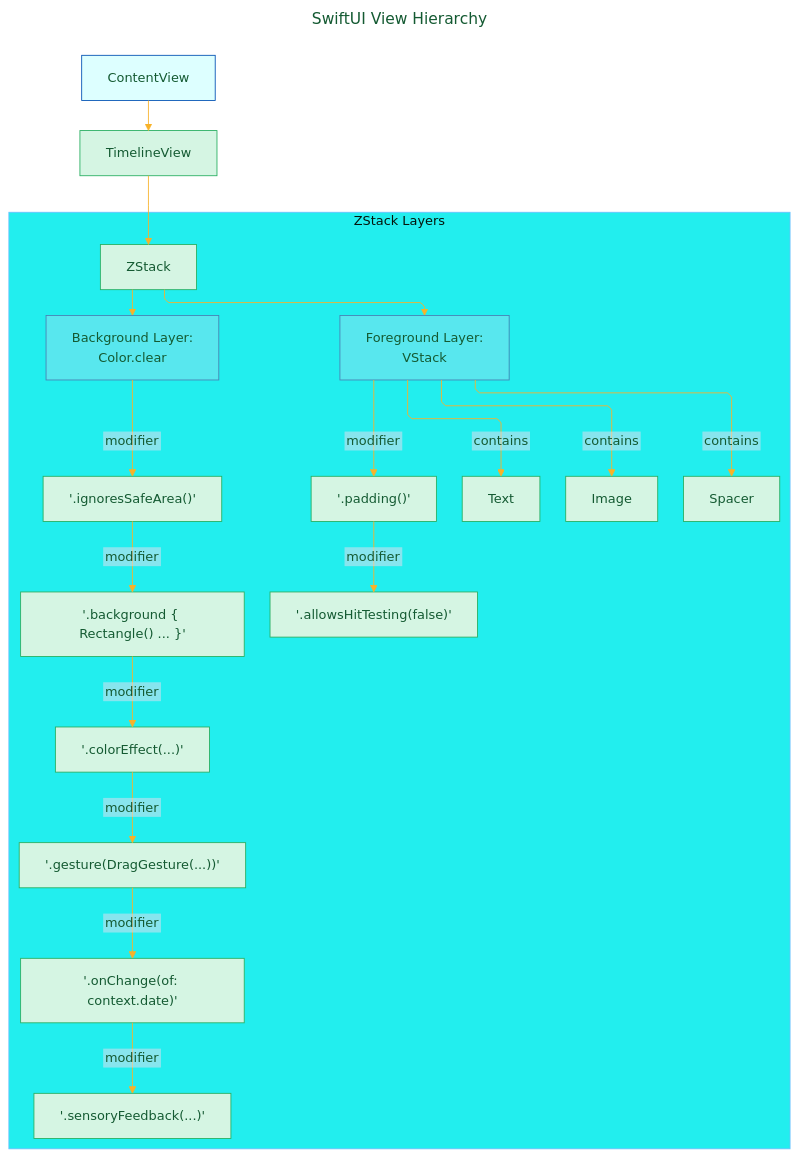
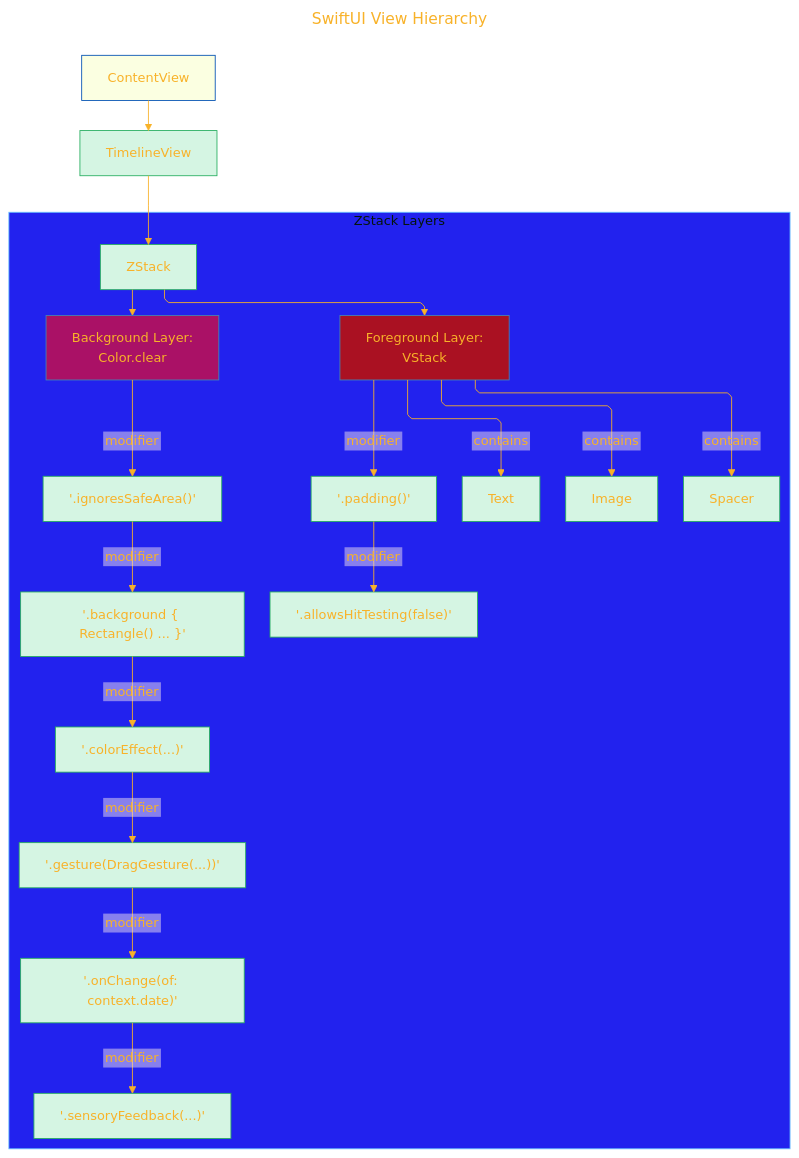
One commit to CongLeSolutionX/Harmonic_Shaders changed the seventh of 9 diagrams in DOCUMENTATION_Draft_1.md. Above: the diagram before and after it, drawn with Mermaid. The commit also changed other lines of this file, not shown here.

````diff
--- a/DOCUMENTATION_Draft_1.md
+++ b/DOCUMENTATION_Draft_1.md
@@ -432,57 +432,57 @@
 ```mermaid
 ---
 title: "SwiftUI View Hierarchy"
 author: "Cong Le"
 version: "1.0"
 license(s): "MIT, CC BY 4.0"
 copyright: "Copyright (c) 2025 Cong Le. All Rights Reserved."
 config:
   layout: elk
   theme: base
 ---
 %%%%%%%% Mermaid version v11.4.1-b.14
 %%%%%%%% Available curve styles include the following keywords:
 %% basis, bumpX, bumpY, cardinal, catmullRom, linear, monotoneX, monotoneY, natural, step, stepAfter, stepBefore.
 %%{
   init: {
     'flowchart': { 'htmlLabels': false, 'curve': 'linear' },
     'fontFamily': 'Monaco',
     'themeVariables': {
       'primaryColor': '#D5F5E3',
-      'primaryTextColor': '#145A32',
+      'primaryTextColor': '#F8B229',
       'lineColor': '#F8B229',
       'primaryBorderColor': '#27AE60',
       'secondaryColor': '#EBDEF0',
       'secondaryTextColor': '#6C3483',
       'secondaryBorderColor': '#A569BD',
       'fontSize': '15px'
     }
   }
 }%%
 graph TD
     Root["ContentView"] --> TLV["TimelineView"]
     TLV --> ZS["ZStack"]
 
     subgraph ZStack_Layers["ZStack Layers"]
         ZS --> BG["Background Layer:<br/> Color.clear"]
         BG -- "modifier" --> BGMod1["'.ignoresSafeArea()'"]
         BGMod1 -- "modifier" --> BGMod2["'.background { Rectangle() ... }'"]
         BGMod2 -- "modifier" --> BGMod3["'.colorEffect(...)'"]
         BGMod3 -- "modifier" --> BGMod4["'.gesture(DragGesture(...))'"]
         BGMod4 -- "modifier" --> BGMod5["'.onChange(of: context.date)'"]
         BGMod5 -- "modifier" --> BGMod6["'.sensoryFeedback(...)'"]
 
         ZS --> FG["Foreground Layer:<br/> VStack"]
         FG -- "contains" --> SP["Spacer"]
         FG -- "contains" --> TXT["Text"]
         FG -- "contains" --> IMG["Image"]
         FG -- "modifier" --> FGPadding["'.padding()'"]
         FGPadding -- "modifier" --> FGHitTest["'.allowsHitTesting(false)'"]
     end
 
-    style Root fill:#dff,stroke:#0050b3
-    style ZStack_Layers fill:#2EEf,stroke:#69c0ff
-    style BG fill:#ade6, stroke:#4682b4
-    style FG fill:#ade6, stroke:#4682b4
+    style Root fill:#df22,stroke:#0050b3
+    style ZStack_Layers fill:#22Ef,stroke:#69c0ff
+    style BG fill:#a16, stroke:#4682b4
+    style FG fill:#a12, stroke:#4682b4
     
 ```
````
